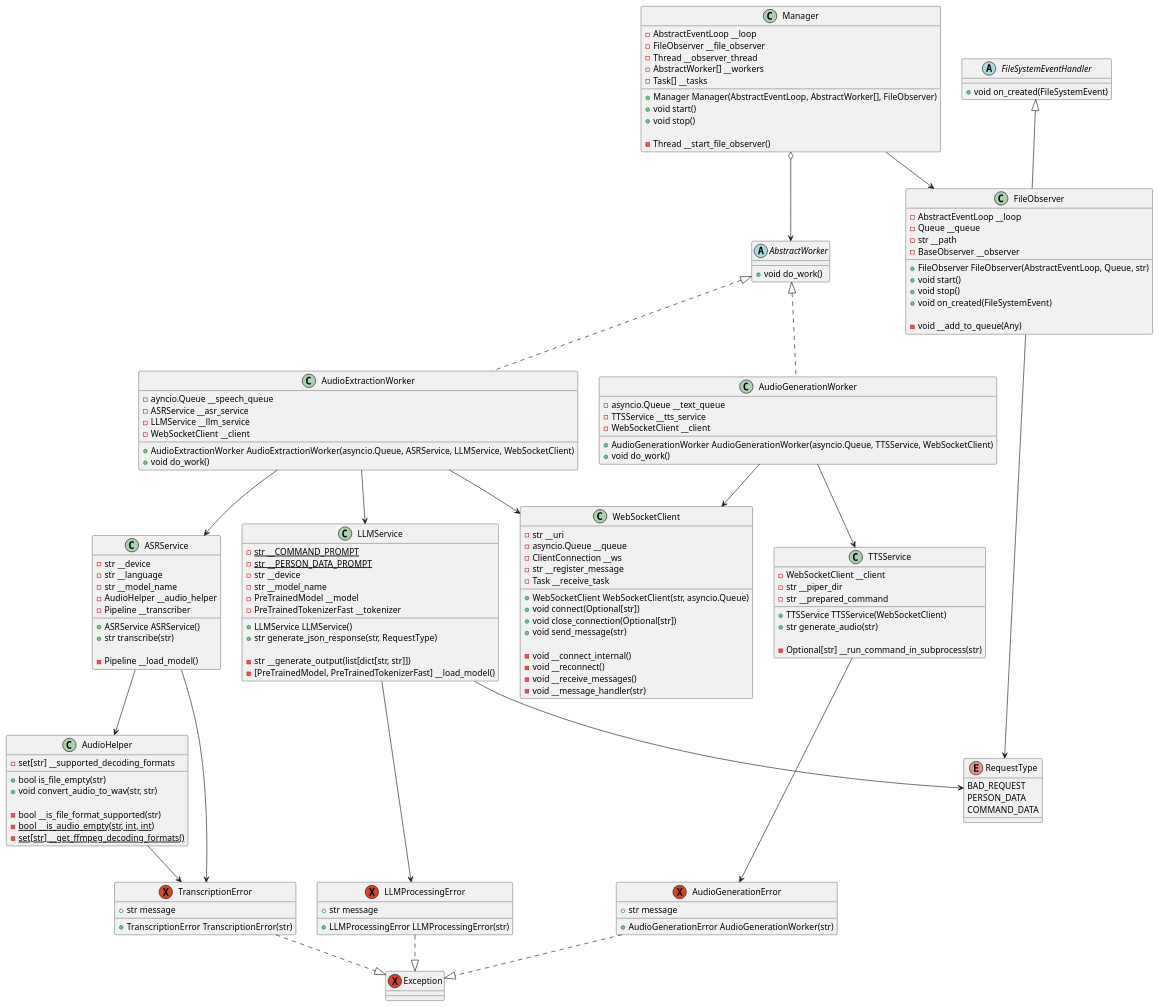
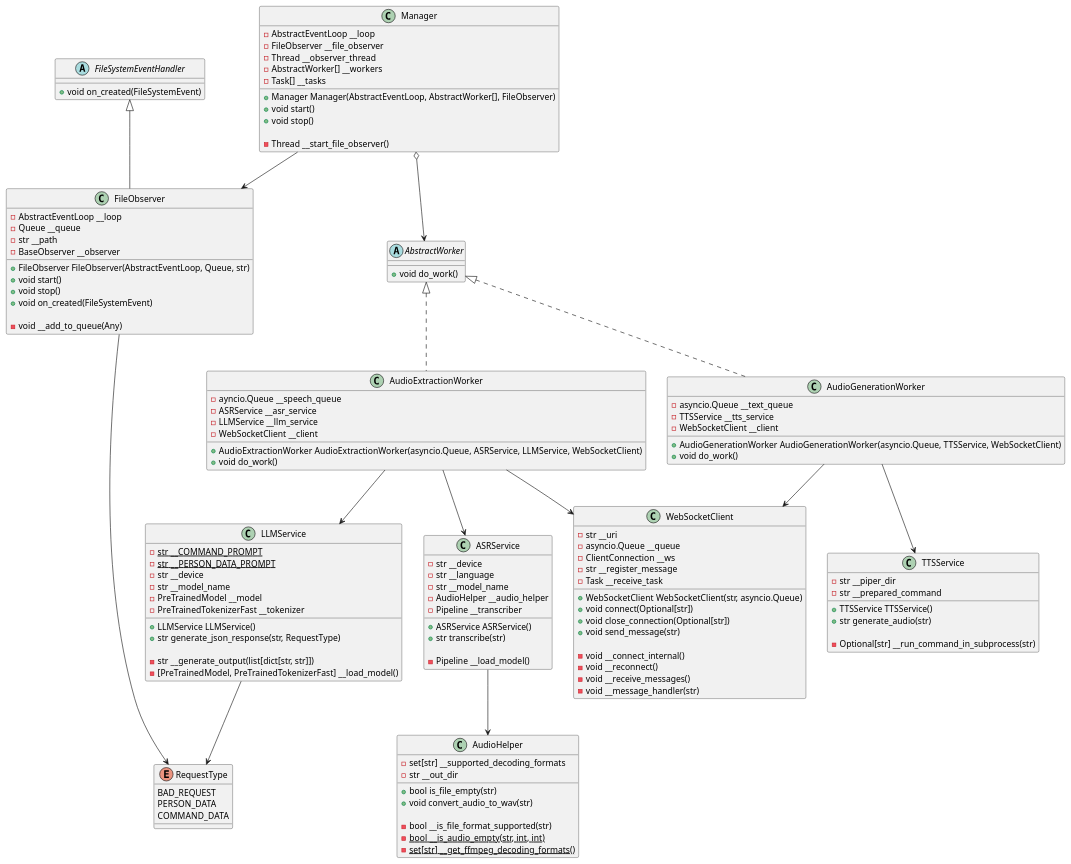
The diagram in uml/class_diagram.puml (AnelD/speech_recognition), drawn with PlantUML before and after one commit. The commit also changed 10 other files, not shown here.

```diff
--- a/uml/class_diagram.puml
+++ b/uml/class_diagram.puml
@@ -1,179 +1,148 @@
 @startuml
 
 abstract class AbstractWorker{
 +void do_work()
 }
 
 abstract class FileSystemEventHandler{
 +void on_created(FileSystemEvent)
 }
 
 class FileObserver{
 -AbstractEventLoop __loop
 -Queue __queue
 -str __path
 -BaseObserver __observer
 
 +FileObserver FileObserver(AbstractEventLoop, Queue, str)
 +void start()
 +void stop()
 +void on_created(FileSystemEvent)
 
 -void __add_to_queue(Any)
 }
 
 class Manager{
 -AbstractEventLoop __loop
 -FileObserver __file_observer
 -Thread __observer_thread
 -AbstractWorker[] __workers
 -Task[] __tasks
 
 +Manager Manager(AbstractEventLoop, AbstractWorker[], FileObserver)
 +void start()
 +void stop()
 
 -Thread __start_file_observer()
 }
 
 class AudioExtractionWorker{
 -ayncio.Queue __speech_queue
 -ASRService __asr_service
 -LLMService __llm_service
 -WebSocketClient __client
 
 +AudioExtractionWorker AudioExtractionWorker(asyncio.Queue, ASRService, LLMService, WebSocketClient)
 +void do_work()
 }
 
 class AudioGenerationWorker{
 -asyncio.Queue __text_queue
 -TTSService __tts_service
 -WebSocketClient __client
 
 +AudioGenerationWorker AudioGenerationWorker(asyncio.Queue, TTSService, WebSocketClient)
 +void do_work()
 }
 
 class ASRService{
 -str __device
 -str __language
 -str __model_name
 -AudioHelper __audio_helper
 -Pipeline __transcriber
 
 +ASRService ASRService()
 +str transcribe(str)
 
 -Pipeline __load_model()
 }
 
 class LLMService{
 -{static}str __COMMAND_PROMPT
 -{static}str __PERSON_DATA_PROMPT
 -str __device
 -str __model_name
 -PreTrainedModel __model
 -PreTrainedTokenizerFast __tokenizer
 
 +LLMService LLMService()
 +str generate_json_response(str, RequestType)
 
 -str __generate_output(list[dict[str, str]])
 -[PreTrainedModel, PreTrainedTokenizerFast] __load_model()
 }
 
 class TTSService{
--WebSocketClient __client
 -str __piper_dir
 -str __prepared_command
 
-+TTSService TTSService(WebSocketClient)
++TTSService TTSService()
 +str generate_audio(str)
 
 -Optional[str] __run_command_in_subprocess(str)
 }
 
 class WebSocketClient{
 -str __uri
 -asyncio.Queue __queue
 -ClientConnection __ws
 -str __register_message
 -Task __receive_task
 
 +WebSocketClient WebSocketClient(str, asyncio.Queue)
 +void connect(Optional[str])
 +void close_connection(Optional[str])
 +void send_message(str)
 
 -void __connect_internal()
 -void __reconnect()
 -void __receive_messages()
 -void __message_handler(str)
 }
 
 
 class AudioHelper{
 -set[str] __supported_decoding_formats
+-str __out_dir
 
 +bool is_file_empty(str)
-+void convert_audio_to_wav(str, str)
++void convert_audio_to_wav(str)
 
 -bool __is_file_format_supported(str)
 -{static}bool __is_audio_empty(str, int, int)
 -{static}set[str] __get_ffmpeg_decoding_formats()
 }
 
 enum RequestType{
 BAD_REQUEST
 PERSON_DATA
 COMMAND_DATA
 }
 
-
-exception AudioGenerationError{
-+str message
-
-+AudioGenerationError AudioGenerationWorker(str)
-}
-
-exception LLMProcessingError{
-+str message
-
-+LLMProcessingError LLMProcessingError(str)
-}
-
-exception TranscriptionError{
-+str message
-
-+TranscriptionError TranscriptionError(str)
-}
-
-exception Exception{
-}
 
 Manager o--> AbstractWorker
 Manager --> FileObserver
 AbstractWorker <|.. AudioExtractionWorker
 AbstractWorker <|.. AudioGenerationWorker
 AudioExtractionWorker --> ASRService
 AudioExtractionWorker --> LLMService
 AudioExtractionWorker --> WebSocketClient
 AudioGenerationWorker --> TTSService
 AudioGenerationWorker --> WebSocketClient
 FileSystemEventHandler <|-- FileObserver
 ASRService --> AudioHelper
 LLMService --> RequestType
 FileObserver --> RequestType
 
-AudioGenerationError ..|> Exception
-LLMProcessingError ..|> Exception
-TranscriptionError ..|> Exception
-
-TTSService --> AudioGenerationError
-LLMService --> LLMProcessingError
-ASRService --> TranscriptionError
-AudioHelper --> TranscriptionError
-
-
 @enduml
```
